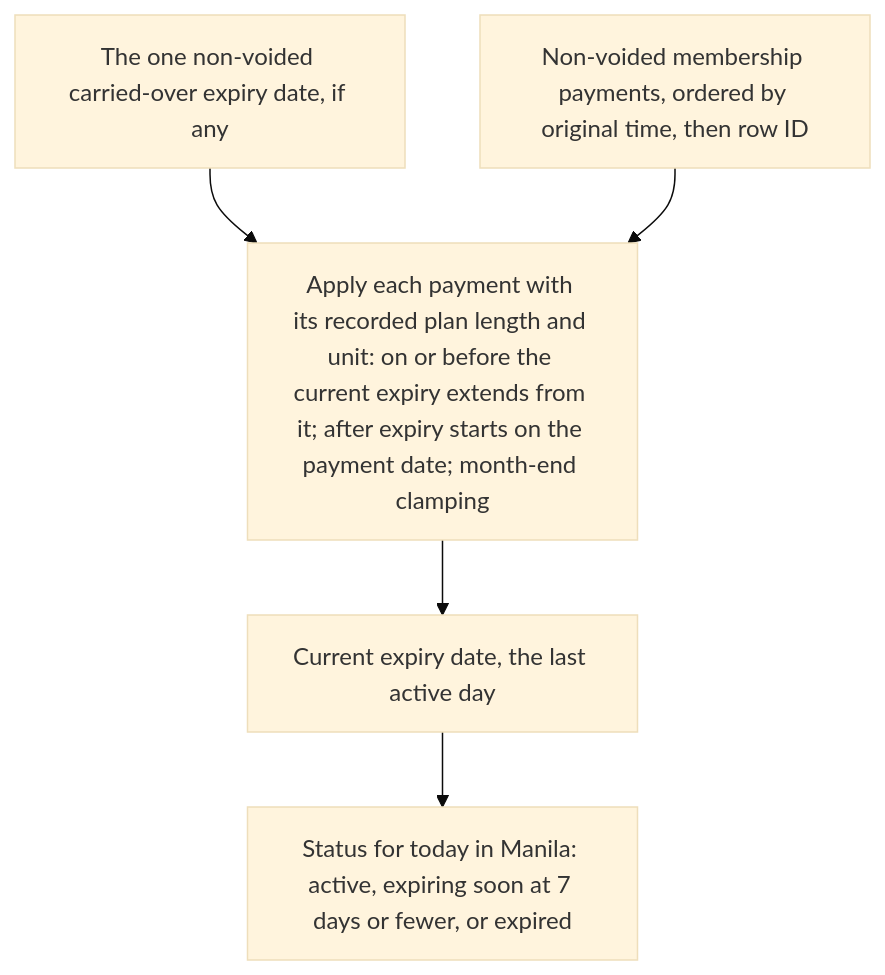
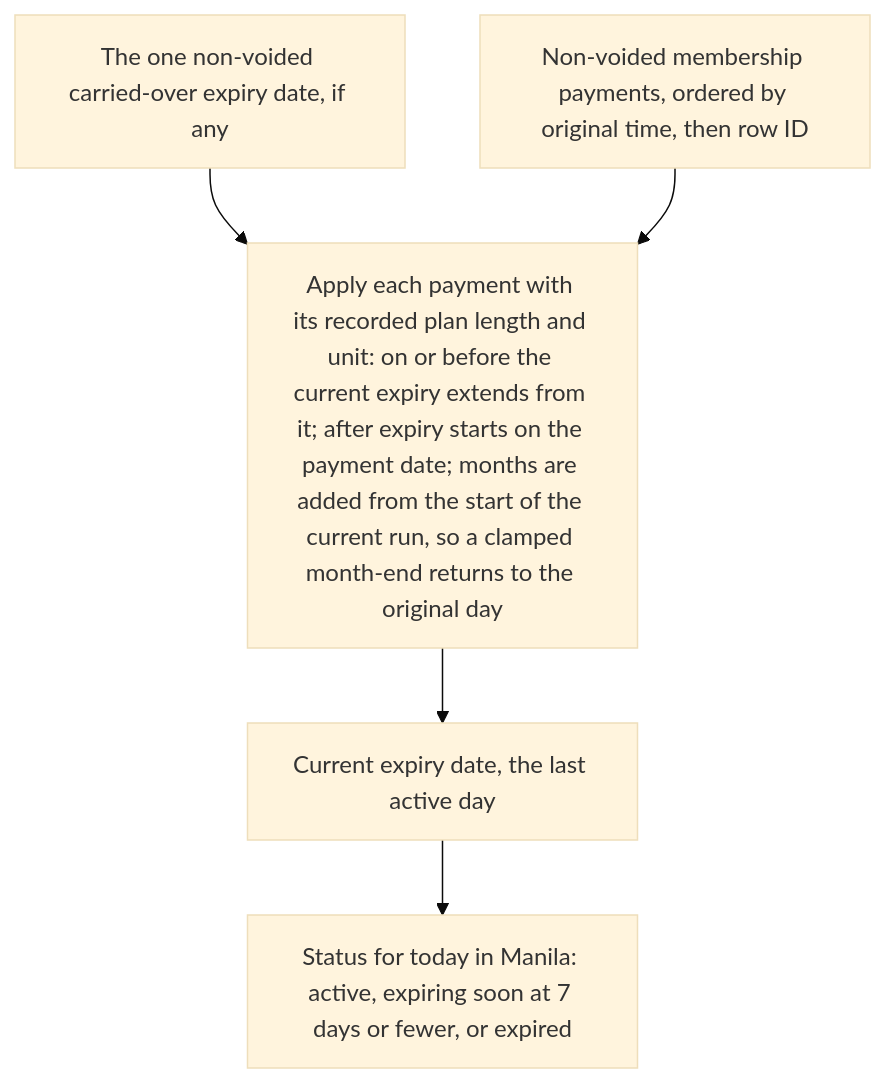
The sixth of 8 diagrams in docs/plans/2026-09-15-0946-feat-jeyos-gym-management-system-plan.md (zealot-SEAlot/gym-mana-JEYO-ment), drawn with Mermaid (base theme) before and after one commit. The commit also changed other lines of this file and 6 other files, not shown here.

````diff
--- a/docs/plans/2026-09-15-0946-feat-jeyos-gym-management-system-plan.md
+++ b/docs/plans/2026-09-15-0946-feat-jeyos-gym-management-system-plan.md
@@ -439,7 +443,7 @@
 ```mermaid
 flowchart TB
   C["The one non-voided carried-over expiry date, if any"] --> Fold
   P["Non-voided membership payments, ordered by original time, then row ID"] --> Fold
-  Fold["Apply each payment with its recorded plan length and unit: on or before the current expiry extends from it; after expiry starts on the payment date; month-end clamping"] --> E["Current expiry date, the last active day"]
+  Fold["Apply each payment with its recorded plan length and unit: on or before the current expiry extends from it; after expiry starts on the payment date; months are added from the start of the current run, so a clamped month-end returns to the original day"] --> E["Current expiry date, the last active day"]
   E --> S["Status for today in Manila: active, expiring soon at 7 days or fewer, or expired"]
 ```
````
